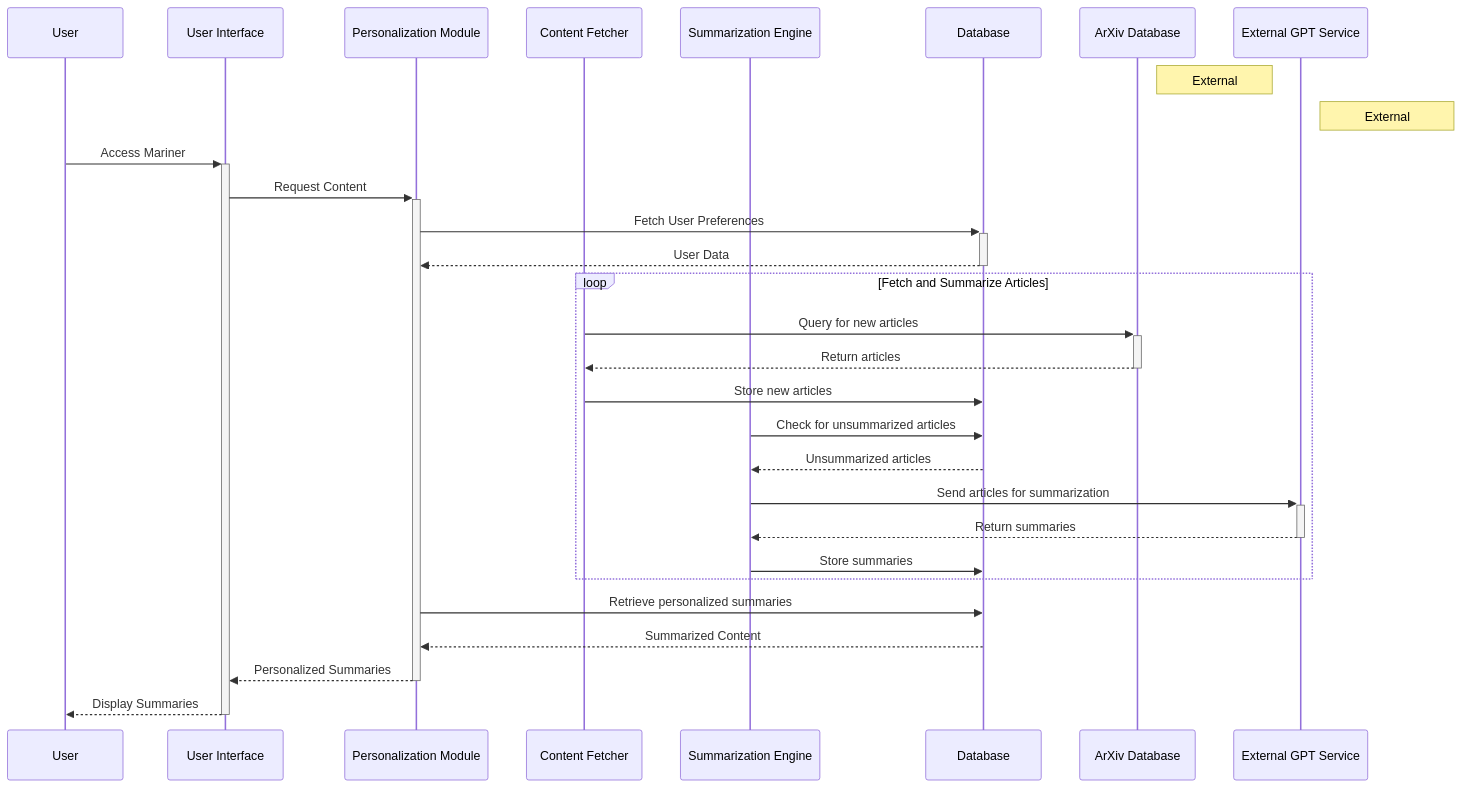
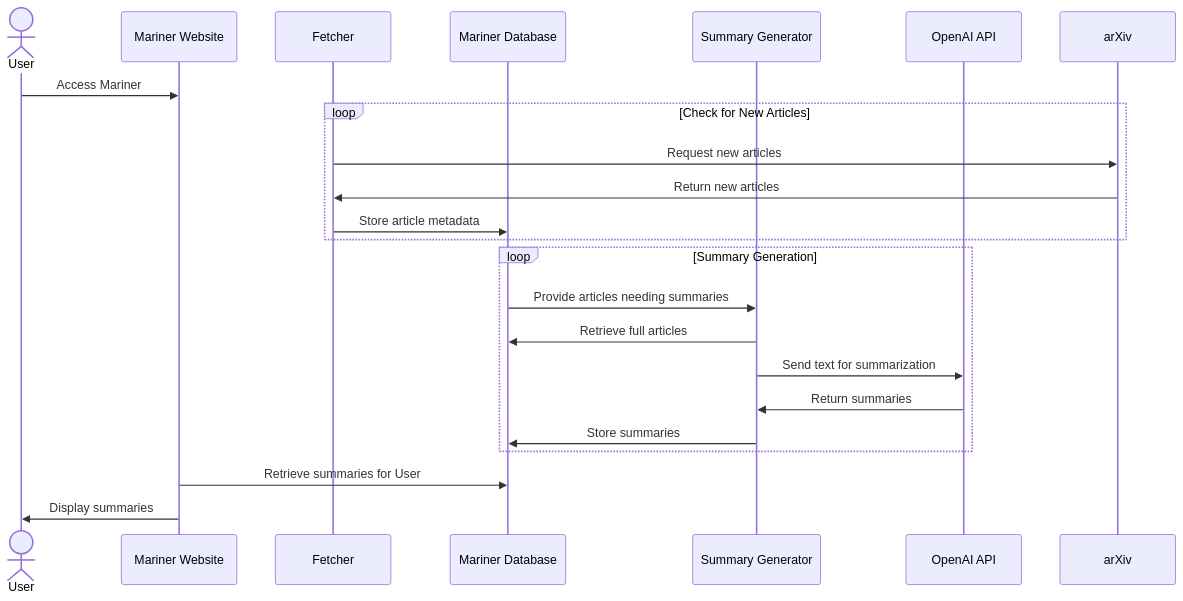
Before and after one commit to numberMumbler/mariner: the second of 2 diagrams in DESIGN.md, drawn with Mermaid. The commit also changed other lines of this file, not shown here.

````diff
--- a/DESIGN.md
+++ b/DESIGN.md
@@ -145,36 +98,26 @@
 ```mermaid
 sequenceDiagram
-    participant User as User
-    participant UI as User Interface
-    participant Personalizer as Personalization Module
-    participant Fetcher as Content Fetcher
-    participant Summarizer as Summarization Engine
-    participant MarinerDB as Database
-    participant ArXiv as ArXiv Database
-    participant GPT as External GPT Service
+    actor User
+    participant Website as Mariner Website
+    participant Fetcher
+    participant MarinerDB as Mariner Database
+    participant SummaryGenerator as Summary Generator
+    participant OpenAI as OpenAI API
+    participant ArXiv as arXiv
 
-    note right of ArXiv: External
-    note right of GPT: External
-
-    User->>+UI: Access Mariner
-    UI->>+Personalizer: Request Content
-    Personalizer->>+MarinerDB: Fetch User Preferences
-    MarinerDB-->>-Personalizer: User Data
-
-    loop Fetch and Summarize Articles
-        Fetcher->>+ArXiv: Query for new articles
-        ArXiv-->>-Fetcher: Return articles
-        Fetcher->>MarinerDB: Store new articles
-
-        Summarizer->>MarinerDB: Check for unsummarized articles
-        MarinerDB-->>Summarizer: Unsummarized articles
-        Summarizer->>+GPT: Send articles for summarization
-        GPT-->>-Summarizer: Return summaries
-        Summarizer->>MarinerDB: Store summaries
+    User->>Website: Access Mariner
+    loop Check for New Articles
+        Fetcher->>ArXiv: Request new articles
+        ArXiv->>Fetcher: Return new articles
+        Fetcher->>MarinerDB: Store article metadata
     end
-
-    Personalizer->>MarinerDB: Retrieve personalized summaries
-    MarinerDB-->>Personalizer: Summarized Content
-    Personalizer-->>-UI: Personalized Summaries
-    UI-->>-User: Display Summaries
+    loop Summary Generation
+        MarinerDB->>SummaryGenerator: Provide articles needing summaries
+        SummaryGenerator->>MarinerDB: Retrieve full articles
+        SummaryGenerator->>OpenAI: Send text for summarization
+        OpenAI->>SummaryGenerator: Return summaries
+        SummaryGenerator->>MarinerDB: Store summaries
+    end
+    Website->>MarinerDB: Retrieve summaries for User
+    Website->>User: Display summaries
 ```
````
